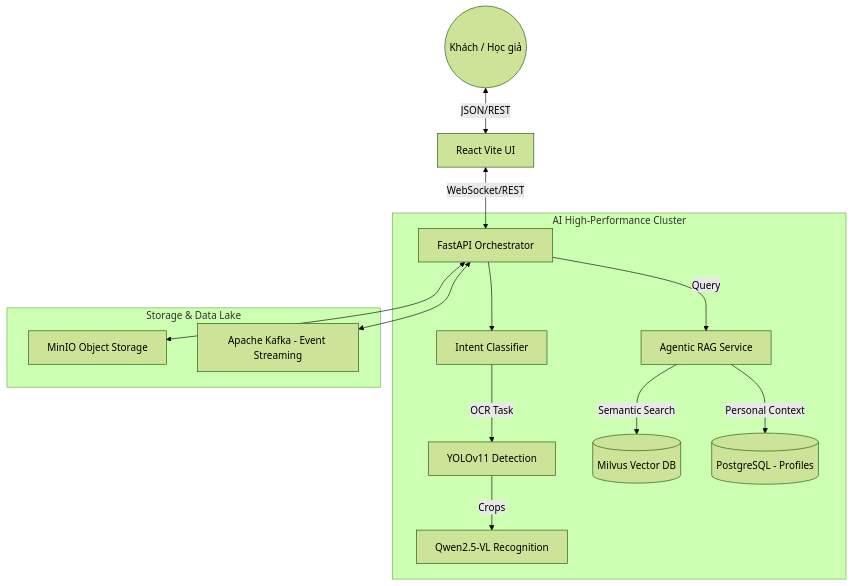
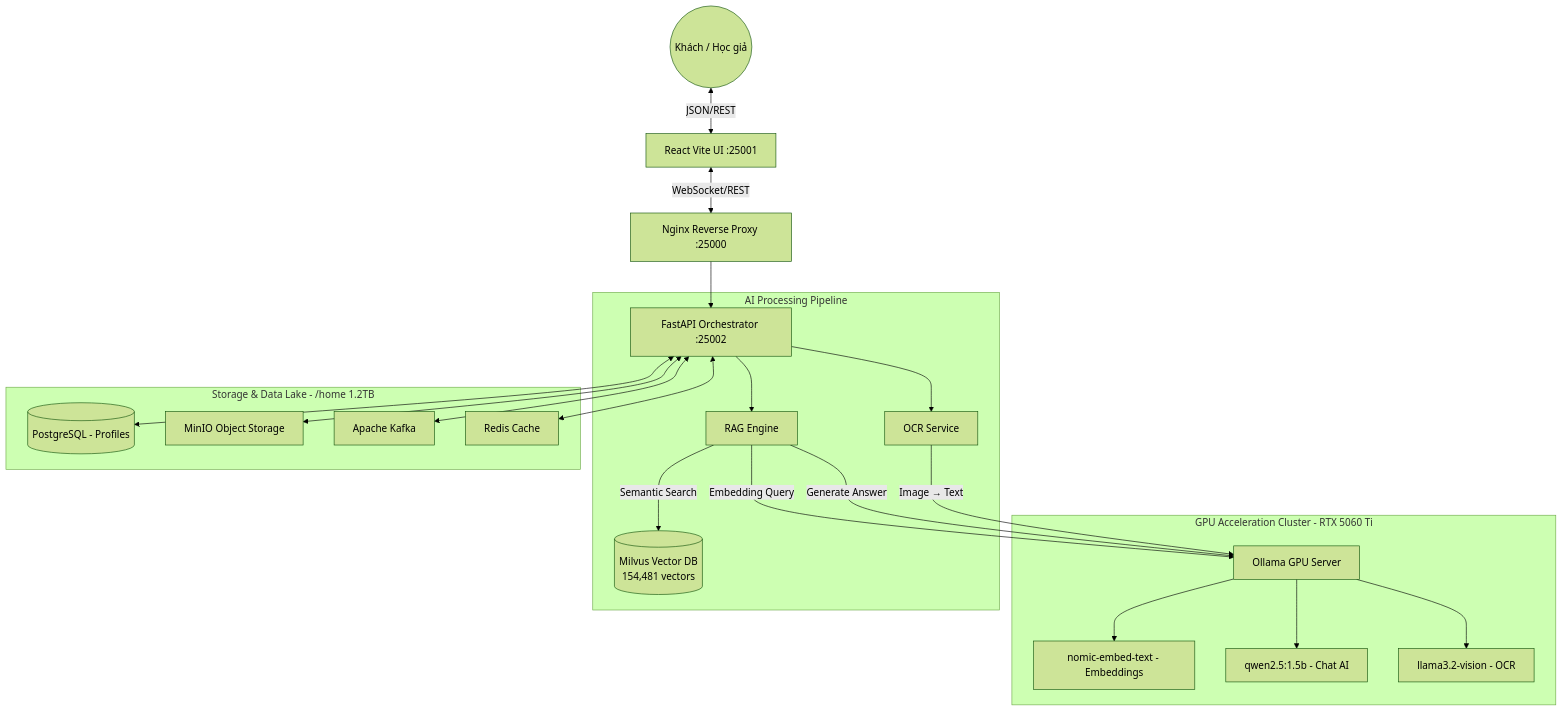
The diagram in README.md (congkx123789/Han_Nom_Model), drawn with Mermaid (forest theme) before and after one commit. The commit also changed other lines of this file and 42 other files, not shown here.

````diff
--- a/README.md
+++ b/README.md
@@ -15,20 +18,30 @@
 ```mermaid
 graph TD
-    User((Khách / Học giả)) <-- JSON/REST --> Frontend[React Vite UI]
-    Frontend <-- WebSocket/REST --> Backend[FastAPI Orchestrator]
+    User((Khách / Học giả)) <-- JSON/REST --> Frontend[React Vite UI :25001]
+    Frontend <-- WebSocket/REST --> Nginx[Nginx Reverse Proxy :25000]
+    Nginx --> Backend[FastAPI Orchestrator :25002]
     
-    subgraph AI_Cluster [AI High-Performance Cluster]
-        Backend --> Intent[Intent Classifier]
-        Intent -->|OCR Task| YOLO[YOLOv11 Detection]
-        YOLO -->|Crops| Qwen[Qwen2.5-VL Recognition]
-        
-        Backend -->|Query| RAG[Agentic RAG Service]
-        RAG -->|Semantic Search| Milvus[(Milvus Vector DB)]
-        RAG -->|Personal Context| Postgres[(PostgreSQL - Profiles)]
+    subgraph GPU_Cluster [GPU Acceleration Cluster - RTX 5060 Ti]
+        Ollama[Ollama GPU Server]
+        Ollama --> Nomic[nomic-embed-text - Embeddings]
+        Ollama --> Qwen[qwen2.5:1.5b - Chat AI]
+        Ollama --> Llama[llama3.2-vision - OCR]
     end
     
-    subgraph Storage_Layer [Storage & Data Lake]
+    subgraph AI_Pipeline [AI Processing Pipeline]
+        Backend --> RAG[RAG Engine]
+        RAG -->|Embedding Query| Ollama
+        RAG -->|Semantic Search| Milvus[(Milvus Vector DB\n154,481 vectors)]
+        RAG -->|Generate Answer| Ollama
+        
+        Backend --> OCR[OCR Service]
+        OCR -->|Image → Text| Ollama
+    end
+    
+    subgraph Storage_Layer [Storage & Data Lake - /home 1.2TB]
+        Backend <--> Postgres[(PostgreSQL - Profiles)]
         Backend <--> MinIO[MinIO Object Storage]
-        Backend <--> Kafka[Apache Kafka - Event Streaming]
+        Backend <--> Kafka[Apache Kafka]
+        Backend <--> Redis[Redis Cache]
     end
 ```
````
